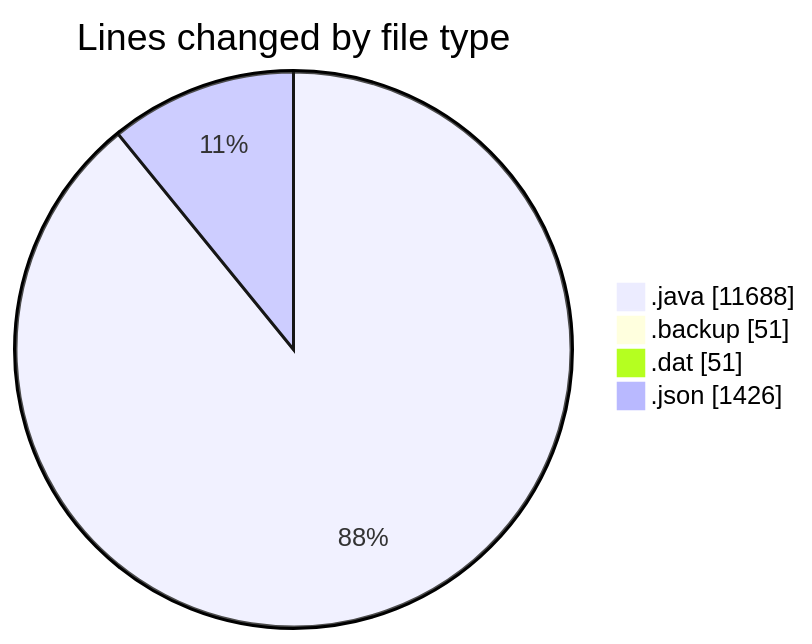
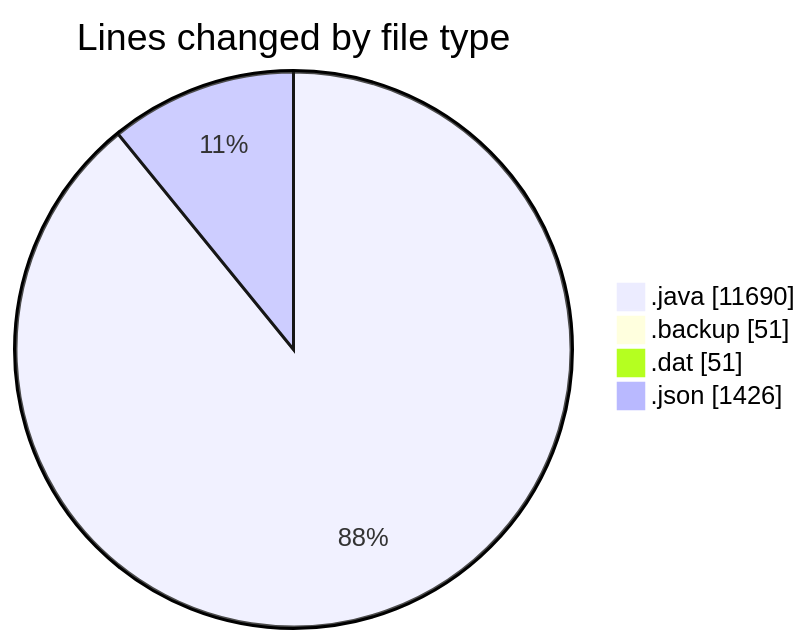
One commit to ricardozamudiocil/code-tracking changed the first of 2 diagrams in 2026-11-19/cilapp/README.md. Above: the diagram before and after it, drawn with Mermaid. The commit also changed other lines of this file and 1 other file, not shown here.

````diff
--- a/2026-11-19/cilapp/README.md
+++ b/2026-11-19/cilapp/README.md
@@ -24,8 +24,8 @@
 ```mermaid
 pie showData
 title Lines changed by file type
-".java" : 11688
+".java" : 11690
 ".backup" : 51
 ".dat" : 51
 ".json" : 1426
 ```
````
